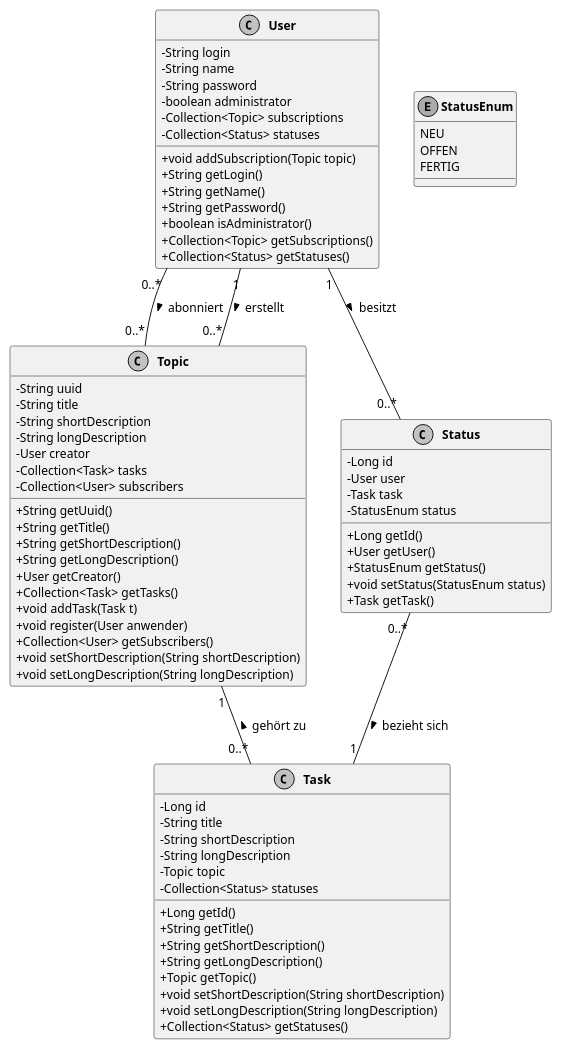
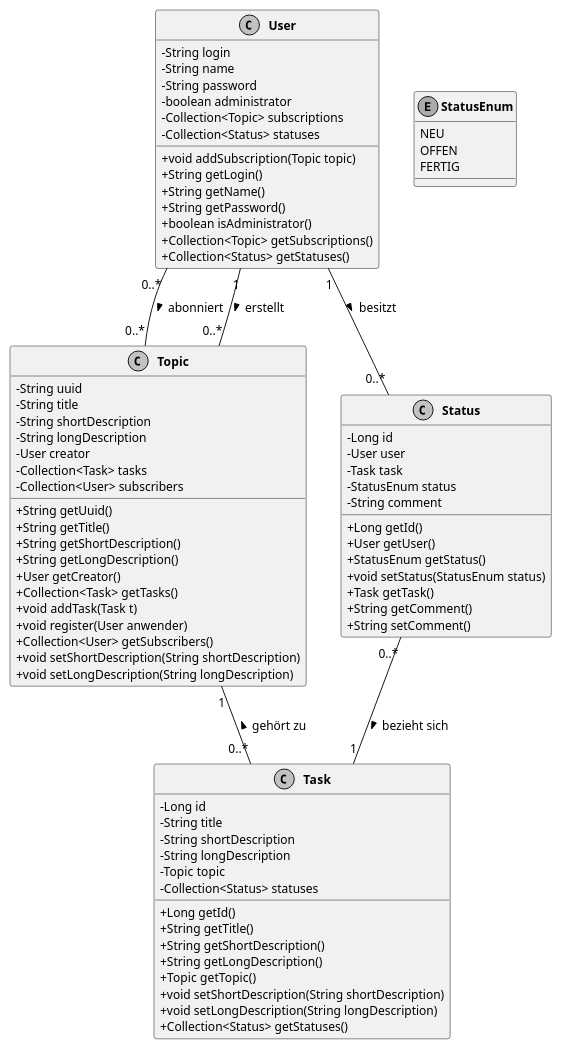
Before and after one commit to SimonHirner/agenda20: the diagram in doku/Datenmodell.plantuml, drawn with PlantUML. The commit also changed 12 other files, not shown here.

```diff
--- a/doku/Datenmodell.plantuml
+++ b/doku/Datenmodell.plantuml
@@ -1,92 +1,95 @@
 @startuml
 
 ' Layout
 skinparam classAttributeIconSize 0
 skinparam monochrome true
 skinparam shadowing false
 skinparam DefaultFontName arial
 skinparam DefaultFontSize 12
 skinparam ClassFontStyle bold
 hide empty fields
 
 ' Assoziationen
 User "0..*" -- "0..*" Topic : > abonniert
 User "1" -- "0..*" Topic : > erstellt
 User "1" -- "0..*" Status : > besitzt
 Topic "1" -- "0..*" Task : < gehört zu
 Status "0..*" -- "1" Task : > bezieht sich
 
 ' Klassen
 class Status [[java:edu.hm.cs.katz.swt2.agenda.persistence.Status]] {
 	-Long id
 	-User user
 	-Task task
 	-StatusEnum status
+	-String comment
 	+Long getId()
 	+User getUser()
 	+StatusEnum getStatus()
 	+void setStatus(StatusEnum status)
 	+Task getTask()
+	+String getComment()
+	+String setComment()
 }
 
 class Task [[java:edu.hm.cs.katz.swt2.agenda.persistence.Task]] {
 	-Long id
 	-String title
 	-String shortDescription
 	-String longDescription
 	-Topic topic
 	-Collection<Status> statuses
 	+Long getId()
 	+String getTitle()
 	+String getShortDescription()
 	+String getLongDescription()
 	+Topic getTopic()
 	+void setShortDescription(String shortDescription)
 	+void setLongDescription(String longDescription)
 	+Collection<Status> getStatuses()
 }
 
 class User [[java:edu.hm.cs.katz.swt2.agenda.persistence.User]] {
 	-String login
 	-String name
 	-String password
 	-boolean administrator
 	-Collection<Topic> subscriptions
 	-Collection<Status> statuses
 	+void addSubscription(Topic topic)
 	+String getLogin()
 	+String getName()
 	+String getPassword()
 	+boolean isAdministrator()
 	+Collection<Topic> getSubscriptions()
 	+Collection<Status> getStatuses()
 }
 
 class Topic [[java:edu.hm.cs.katz.swt2.agenda.persistence.Topic]] {
 	-String uuid
 	-String title
 	-String shortDescription
 	-String longDescription
 	-User creator
 	-Collection<Task> tasks
 	-Collection<User> subscribers
 	+String getUuid()
 	+String getTitle()
 	+String getShortDescription()
 	+String getLongDescription()
 	+User getCreator()
 	+Collection<Task> getTasks()
 	+void addTask(Task t)
 	+void register(User anwender)
 	+Collection<User> getSubscribers()
 	+void setShortDescription(String shortDescription)
 	+void setLongDescription(String longDescription)
 }
 
 enum StatusEnum [[java:edu.hm.cs.katz.swt2.agenda.common.StatusEnum]] {
 	NEU
 	OFFEN
 	FERTIG
 }
 
 @enduml
```
